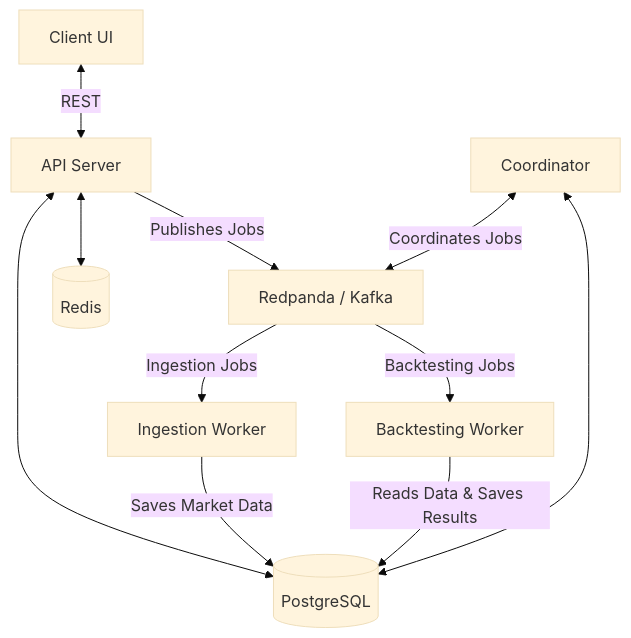
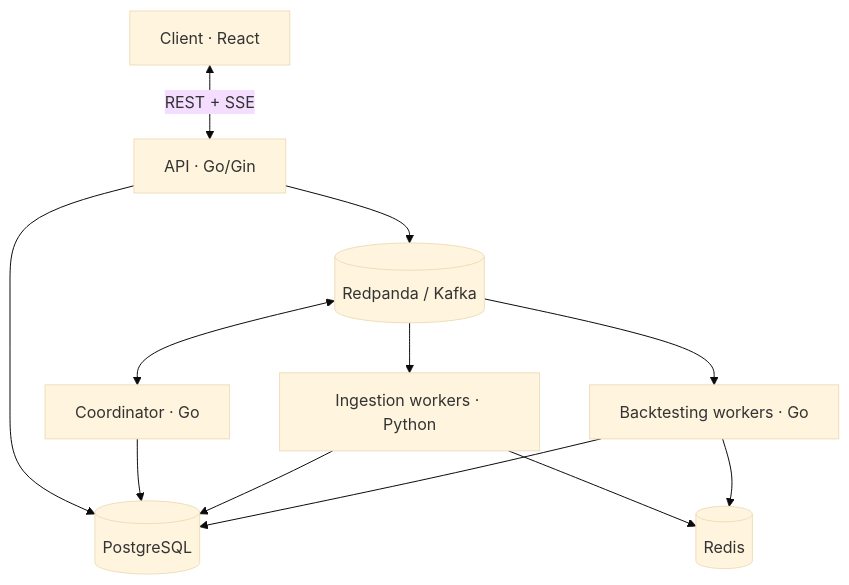
The diagram in README.md (Samirkhairati/backtesting), drawn with Mermaid (base theme) before and after one commit. The commit also changed other lines of this file and 5 other files, not shown here.

Commit message:
(phase 4.3) feat: homepage sample dashboard and architecture diagram, fix create redirect, repo link, rewrite README

````diff
--- a/README.md
+++ b/README.md
@@ -36,17 +19,10 @@
 ```mermaid
 flowchart TD
-    Client[Client UI] <-->|REST| API[API Server]
-    
-    API <--> DB[(PostgreSQL)]
-    API <--> Cache[(Redis)]
-    
-    API -- "Publishes Jobs" --> Kafka[Redpanda / Kafka]
-    Coordinator[Coordinator] <-->|Coordinates Jobs| Kafka
-    Coordinator <--> DB
-    
-    Kafka -- "Ingestion Jobs" --> IngestionWorker[Ingestion Worker]
-    IngestionWorker -- "Saves Market Data" --> DB
-    
-    Kafka -- "Backtesting Jobs" --> BacktestingWorker[Backtesting Worker]
-    BacktestingWorker -- "Reads Data & Saves Results" --> DB
+    Client[Client · React] <-->|REST + SSE| API[API · Go/Gin]
+    API --> Kafka[(Redpanda / Kafka)]
+    Kafka <--> Coord[Coordinator · Go]
+    Kafka --> Ing[Ingestion workers · Python]
+    Kafka --> BT[Backtesting workers · Go]
+    API & Coord & Ing & BT --> DB[(PostgreSQL)]
+    Ing & BT --> Cache[(Redis)]
 ```
````
